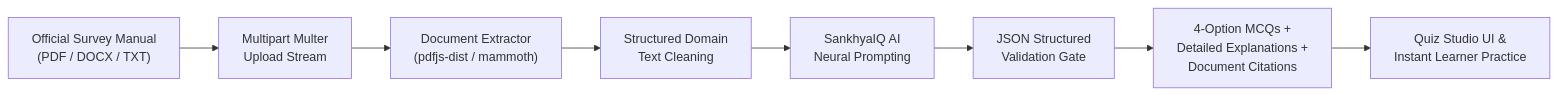
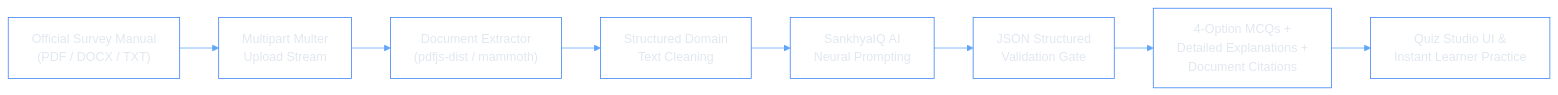
One commit to suvojitmanna/sih changed the third of 4 diagrams in README.md. Above: the diagram before and after it, drawn with Mermaid. The commit also changed other lines of this file and 23 other files, not shown here.

````diff
--- a/README.md
+++ b/README.md
@@ -224,10 +239,11 @@
 ```mermaid
+%%{init: {'theme': 'base', 'themeVariables': { 'background': 'transparent', 'mainBkg': 'transparent', 'primaryColor': 'transparent', 'primaryBorderColor': '#3b82f6', 'primaryTextColor': '#e2e8f0', 'lineColor': '#60a5fa' }}}%%
 flowchart LR
     A["Official Survey Manual\n(PDF / DOCX / TXT)"] --> B["Multipart Multer\nUpload Stream"]
     B --> C["Document Extractor\n(pdfjs-dist / mammoth)"]
     C --> D["Structured Domain\nText Cleaning"]
     D --> E["SankhyaIQ AI\nNeural Prompting"]
     E --> F["JSON Structured\nValidation Gate"]
     F --> G["4-Option MCQs +\nDetailed Explanations +\nDocument Citations"]
     G --> H["Quiz Studio UI &\nInstant Learner Practice"]
 ```
````
